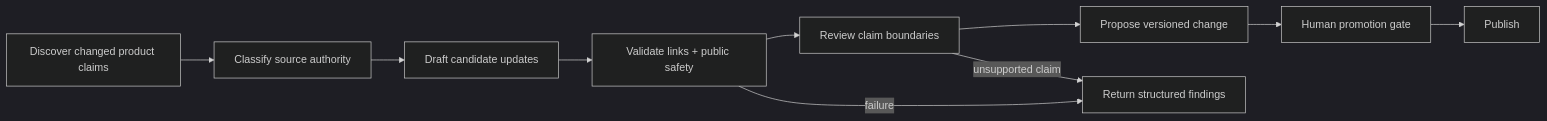
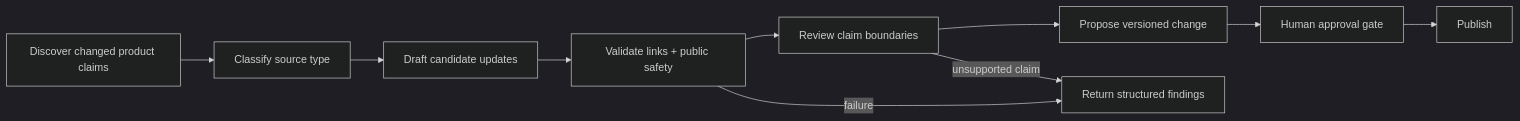
Before and after one commit to jremick/codexmaxxing: the diagram in guides/graph-and-ontology-engineered-harnesses.md, drawn with Mermaid (dark theme). The commit also changed other lines of this file and 38 other files, not shown here.

````diff
--- a/guides/graph-and-ontology-engineered-harnesses.md
+++ b/guides/graph-and-ontology-engineered-harnesses.md
@@ -81,12 +81,12 @@
 ```mermaid
 flowchart LR
-  A["Discover changed product claims"] --> B["Classify source authority"]
+  A["Discover changed product claims"] --> B["Classify source type"]
   B --> C["Draft candidate updates"]
   C --> D["Validate links + public safety"]
   D --> E["Review claim boundaries"]
   E --> F["Propose versioned change"]
-  F --> G["Human promotion gate"]
+  F --> G["Human approval gate"]
   G --> H["Publish"]
   D -->|failure| I["Return structured findings"]
   E -->|unsupported claim| I
 ```
````
